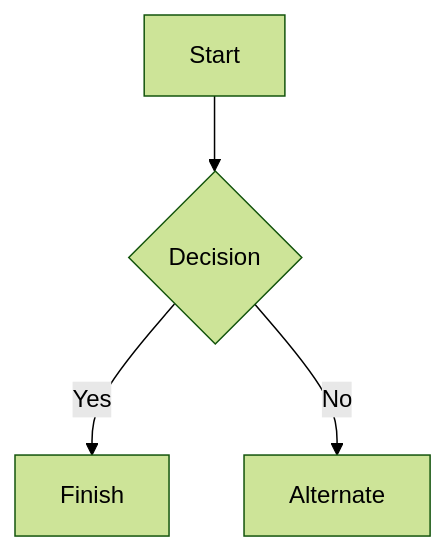
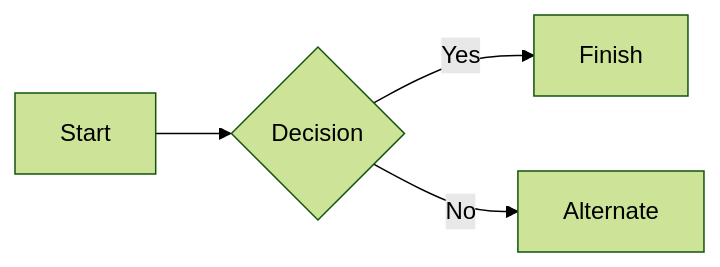
The first of 2 diagrams in README.md (coolsolgit/BC250-ATX-PSU-Control), drawn with Mermaid (forest theme) before and after one commit.

````diff
--- a/README.md
+++ b/README.md
@@ -23,6 +23,6 @@
 ```mermaid
-graph TD
+flowchart LR
   A[Start] --> B{Decision}
   B -->|Yes| C[Finish]
   B -->|No| D[Alternate]
 ```
````
